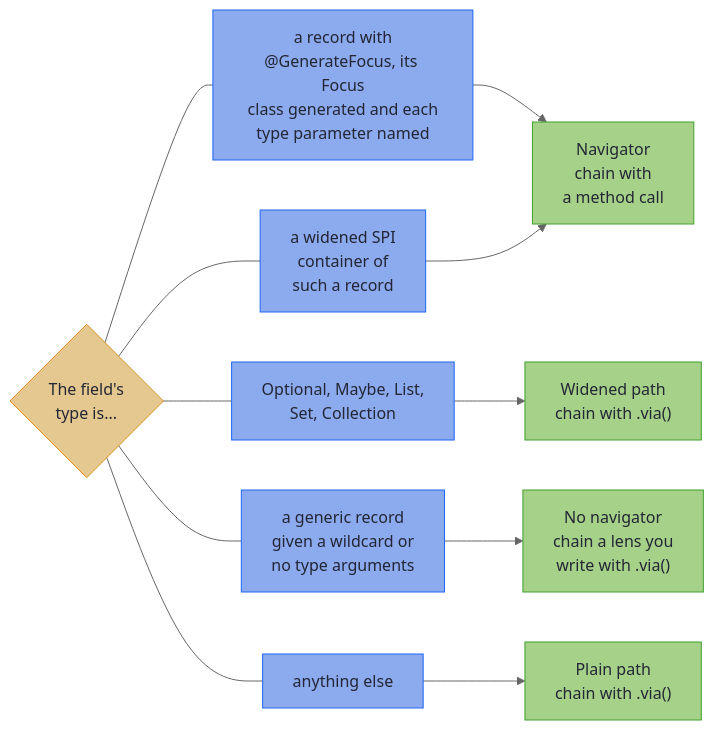
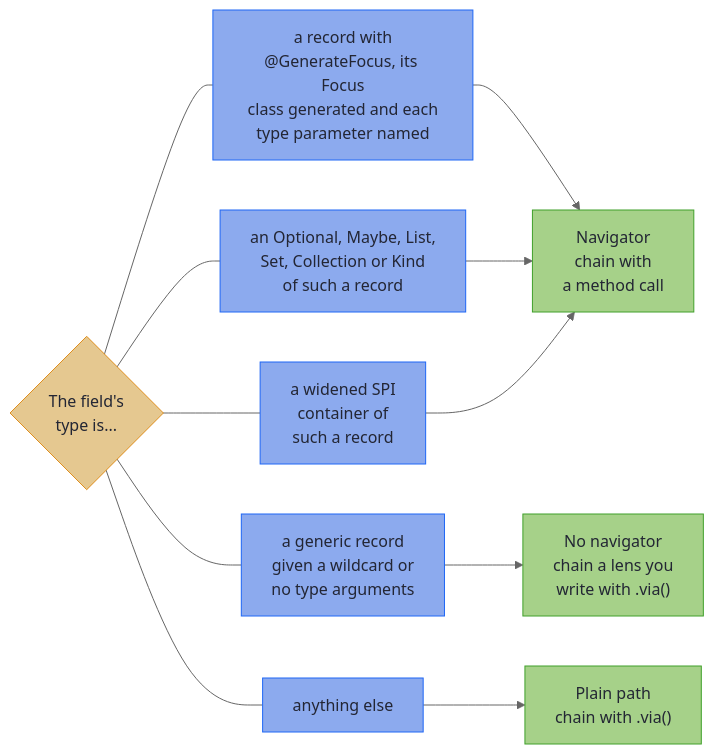
The diagram in hkj-book/src/optics/focus_navigation.md (higher-kinded-j/higher-kinded-j), drawn with Mermaid (neutral theme) before and after one commit. The commit also changed other lines of this file and 55 other files, not shown here.

````diff
--- a/hkj-book/src/optics/focus_navigation.md
+++ b/hkj-book/src/optics/focus_navigation.md
@@ -152,23 +152,23 @@
 ```mermaid
 flowchart LR
     accTitle: Which fields get a navigator
-    accDescr: A record annotated with GenerateFocus, whose Focus class was generated and whose type parameters the field names, gets a navigator, and so does an SPI container of such a record that the declaring record widens. Optional, Maybe, List, Set and Collection fields are widened to a path chained with via. A generic record given a wildcard or no type arguments gets no navigator, so chain a lens you write with via. Anything else keeps a plain path chained with via.
+    accDescr: A record annotated with GenerateFocus, whose Focus class was generated and whose type parameters the field names, gets a navigator. So does an Optional, Maybe, List, Set, Collection or Kind of such a record, and an SPI container of one that the declaring record widens. A generic record given a wildcard or no type arguments gets no navigator, so chain a lens you write with via. Anything else keeps a plain path chained with via.
     F{"The field's<br/>type is..."}
     F --- R1["a record with<br/>@GenerateFocus, its Focus<br/>class generated and each<br/>type parameter named"]
-    F --- R2["a widened SPI<br/>container of<br/>such a record"]
-    F --- R3["Optional, Maybe, List,<br/>Set, Collection"]
+    F --- R2["an Optional, Maybe, List,<br/>Set, Collection or Kind<br/>of such a record"]
+    F --- R3["a widened SPI<br/>container of<br/>such a record"]
     F --- R4["a generic record<br/>given a wildcard or<br/>no type arguments"]
     F --- R5["anything else"]
     R1 --> N["Navigator<br/>chain with<br/>a method call"]
     R2 --> N
-    R3 --> W["Widened path<br/>chain with .via()"]
+    R3 --> N
     R4 --> Q["No navigator<br/>chain a lens you<br/>write with .via()"]
     R5 --> P["Plain path<br/>chain with .via()"]
 
     classDef decision fill:#e5c890,stroke:#df8e1d,color:#232634
     classDef step fill:#8caaee,stroke:#1e66f5,color:#232634
     classDef tier fill:#a6d189,stroke:#40a02b,color:#232634
     class F decision
     class R1,R2,R3,R4,R5 step
-    class N,W,Q,P tier
+    class N,Q,P tier
 ```
````
